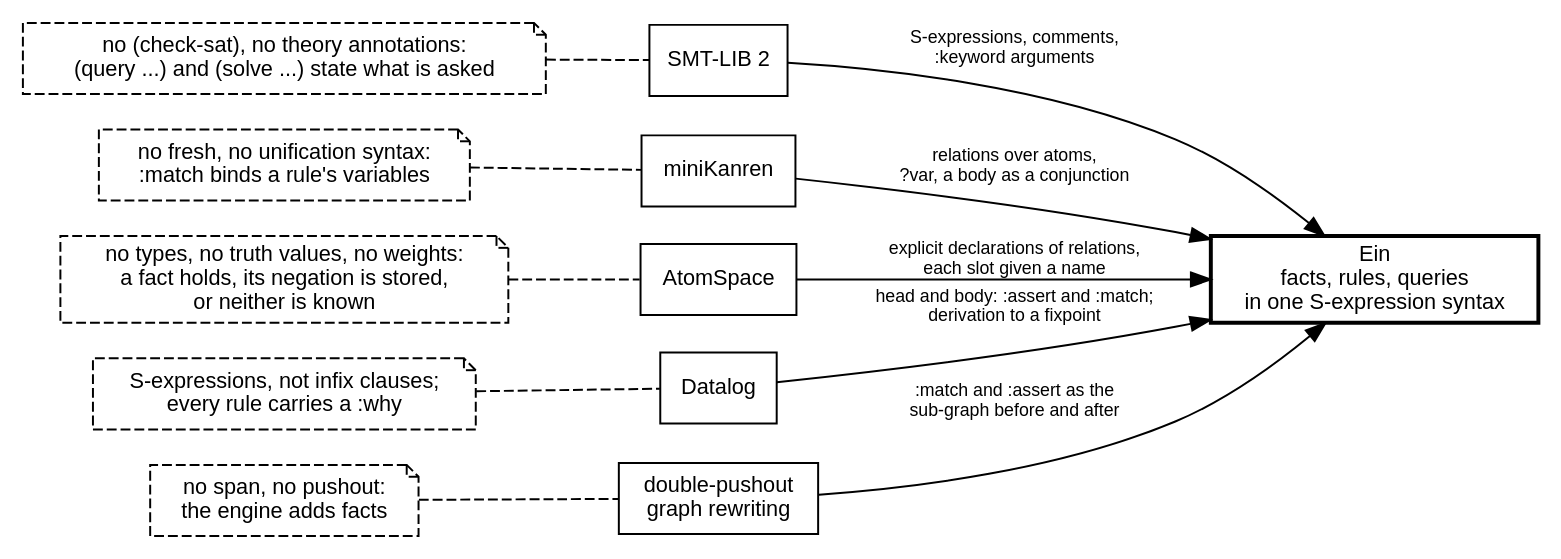
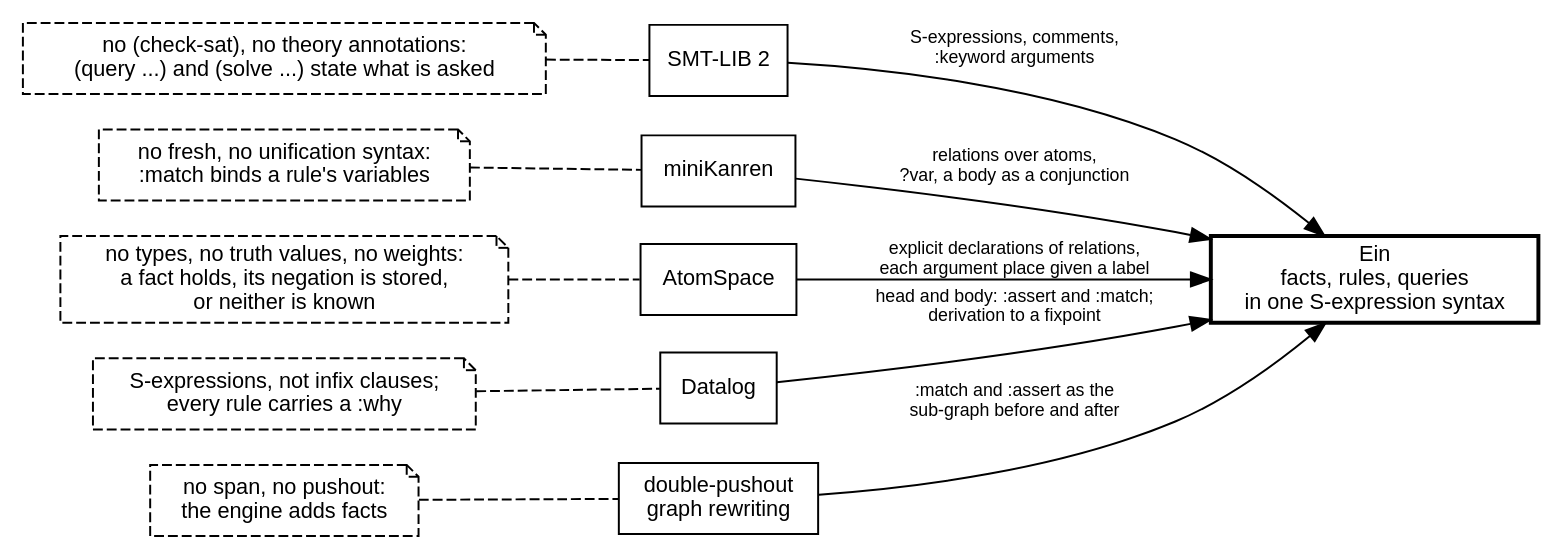
One commit to agutikov/ein changed the diagram in docs/ein/overview/01-inspirations.md. Above: the diagram before and after it, drawn with Graphviz. The commit also changed other lines of this file and 19 other files, not shown here.

````diff
--- a/docs/ein/overview/01-inspirations.md
+++ b/docs/ein/overview/01-inspirations.md
@@ -17,32 +17,32 @@
 ```dot
 digraph lineage {
   rankdir=LR;
   node [fontname="Helvetica", fontsize=11];
   edge [fontname="Helvetica", fontsize=9];
 
   ein [shape=box, style=bold, label="Ein\nfacts, rules, queries\nin one S-expression syntax"];
 
   node [shape=box];
   smt  [label="SMT-LIB 2"];
   mk   [label="miniKanren"];
   as   [label="AtomSpace"];
   dl   [label="Datalog"];
   dpo  [label="double-pushout\ngraph rewriting"];
 
   node [shape=note, style=dashed];
   d_smt [label="no (check-sat), no theory annotations:\n(query ...) and (solve ...) state what is asked"];
   d_mk  [label="no fresh, no unification syntax:\n:match binds a rule's variables"];
   d_as  [label="no types, no truth values, no weights:\na fact holds, its negation is stored,\nor neither is known"];
   d_dl  [label="S-expressions, not infix clauses;\nevery rule carries a :why"];
   d_dpo [label="no span, no pushout:\nthe engine adds facts"];
 
   smt -> ein [label="S-expressions, comments,\n:keyword arguments"];
   mk  -> ein [label="relations over atoms,\n?var, a body as a conjunction"];
-  as  -> ein [label="explicit declarations of relations,\neach slot given a name"];
+  as  -> ein [label="explicit declarations of relations,\neach argument place given a label"];
   dl  -> ein [label="head and body: :assert and :match;\nderivation to a fixpoint"];
   dpo -> ein [label=":match and :assert as the\nsub-graph before and after"];
 
   edge [style=dashed, arrowhead=none];
   d_smt -> smt; d_mk -> mk; d_as -> as; d_dl -> dl; d_dpo -> dpo;
 }
 ```
````
